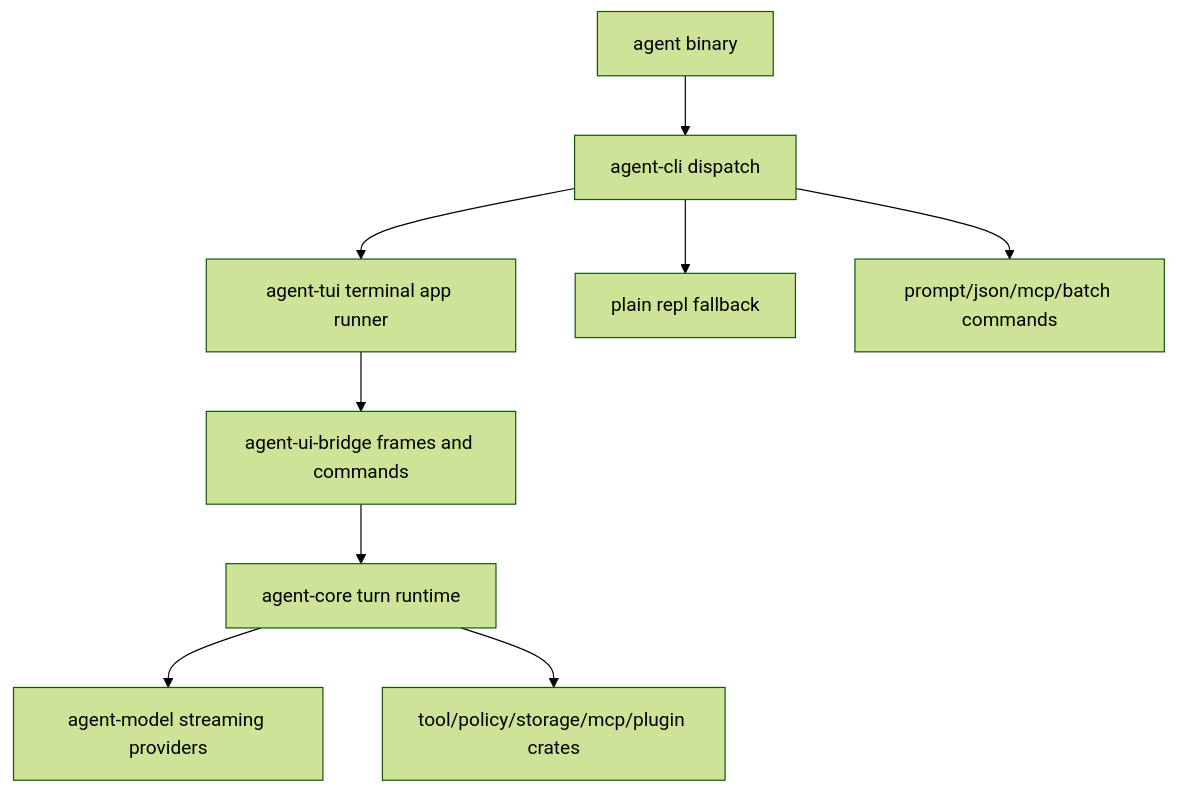
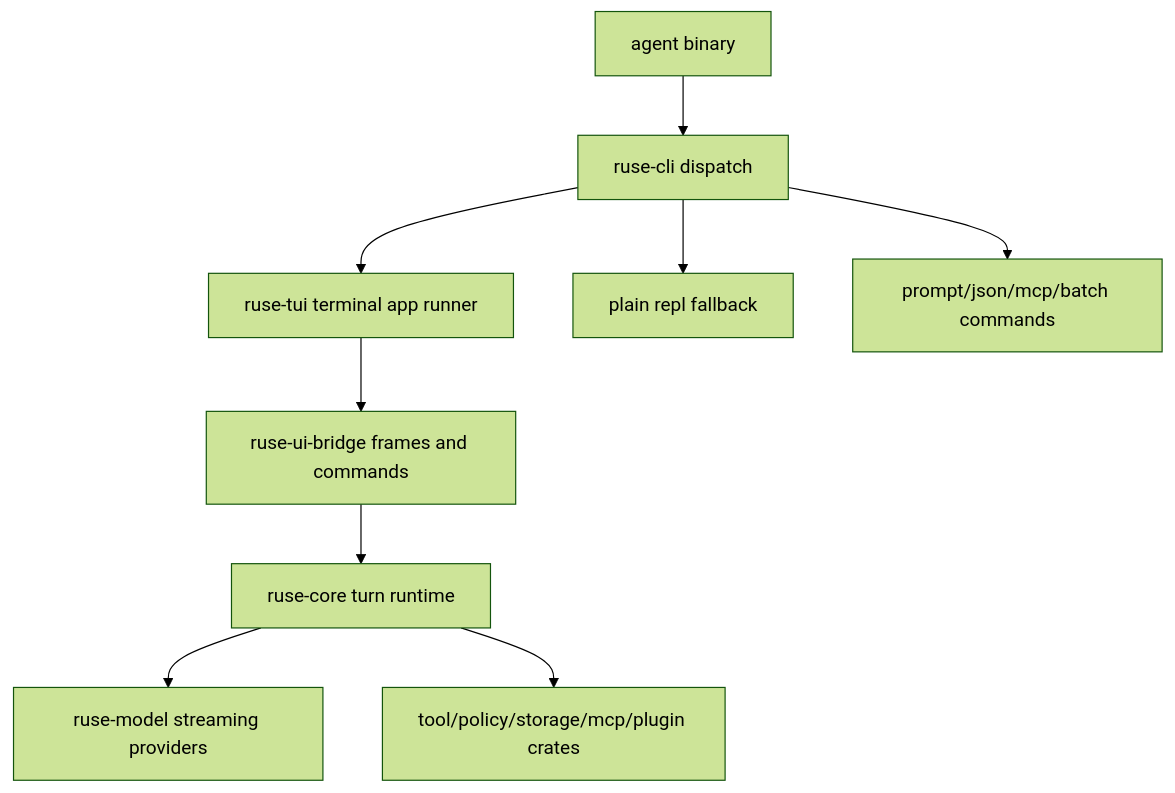
The diagram in docs/specs/M67-production-terminal-agent.spec.md (poneding/agent), drawn with Mermaid (forest theme) before and after one commit. The commit also changed other lines of this file and 2091 other files, not shown here.

First line of the commit message:
refactor: rename agent branding to ruse

````diff
--- a/docs/specs/M67-production-terminal-agent.spec.md
+++ b/docs/specs/M67-production-terminal-agent.spec.md
@@ -49,11 +49,11 @@
 ```mermaid
 flowchart TD
-  Bin["agent binary"] --> CLI["agent-cli dispatch"]
-  CLI --> TUI["agent-tui terminal app runner"]
+  Bin["agent binary"] --> CLI["ruse-cli dispatch"]
+  CLI --> TUI["ruse-tui terminal app runner"]
   CLI --> Plain["plain repl fallback"]
   CLI --> Batch["prompt/json/mcp/batch commands"]
-  TUI --> Bridge["agent-ui-bridge frames and commands"]
-  Bridge --> Core["agent-core turn runtime"]
-  Core --> Model["agent-model streaming providers"]
+  TUI --> Bridge["ruse-ui-bridge frames and commands"]
+  Bridge --> Core["ruse-core turn runtime"]
+  Core --> Model["ruse-model streaming providers"]
   Core --> Tools["tool/policy/storage/mcp/plugin crates"]
 ```
````
